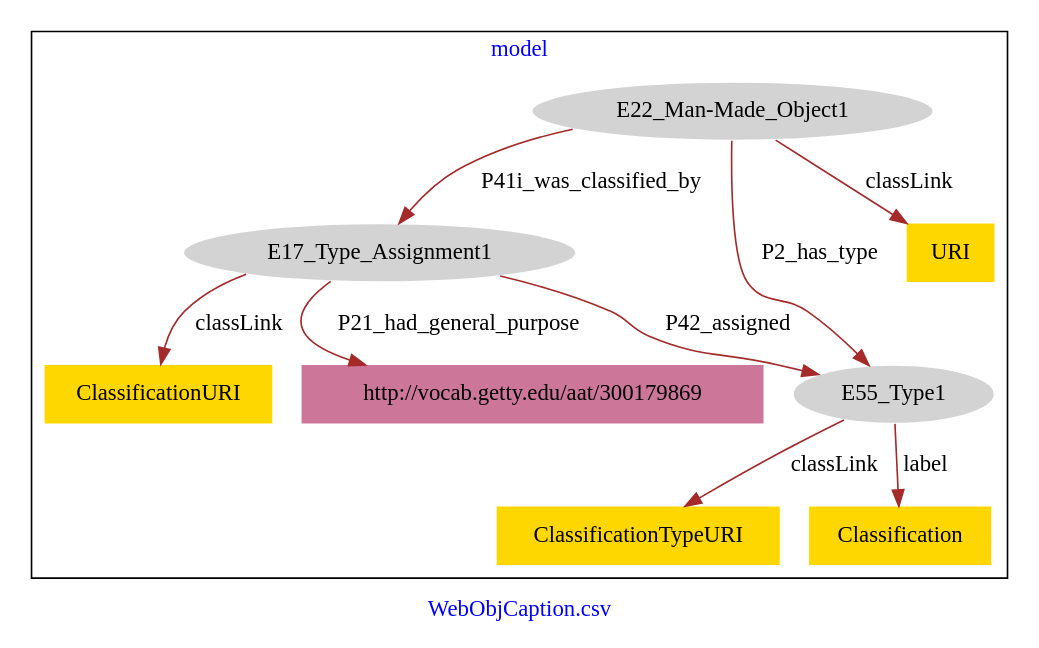
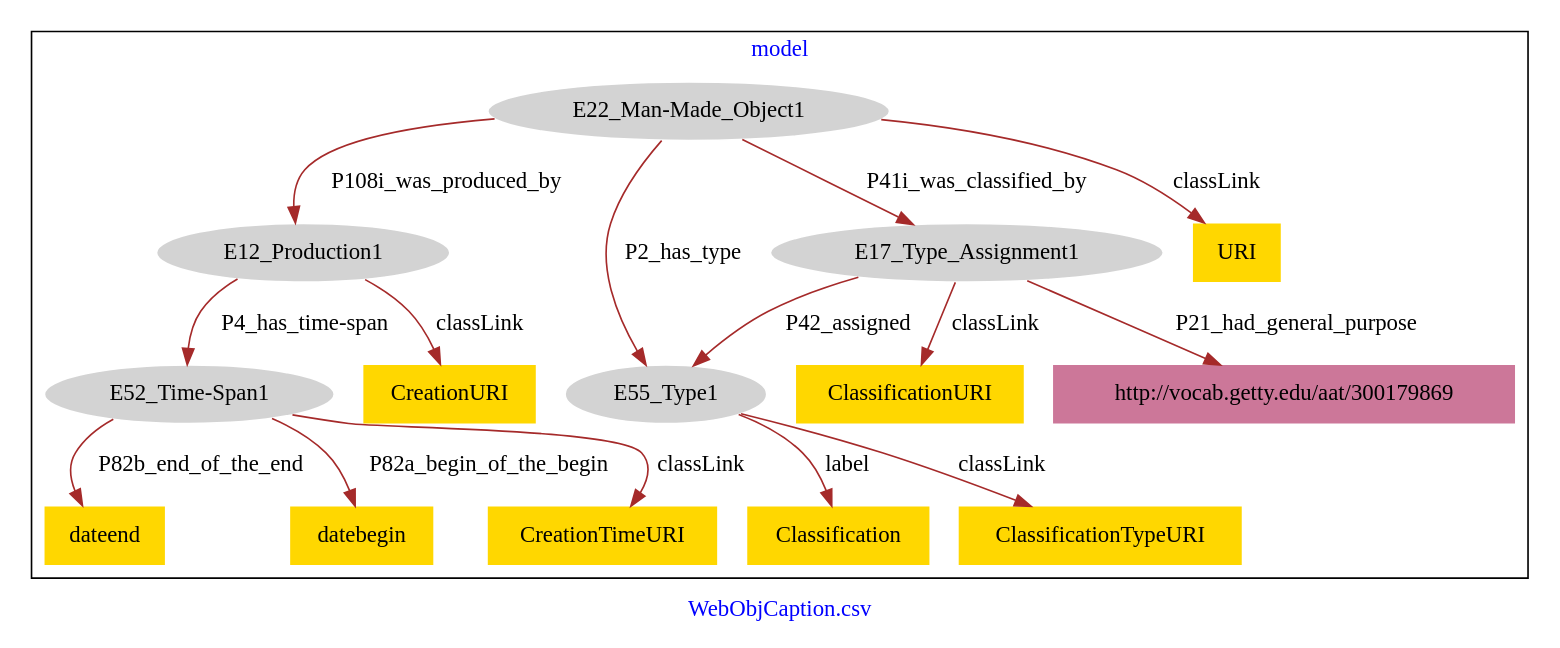
Before and after one commit to american-art/SAAM: the diagram in Objects/WebObjCaption-model.dot, drawn with Graphviz.

Commit message:
Update file WebObjCaption-model.dot

```diff
--- a/Objects/WebObjCaption-model.dot
+++ b/Objects/WebObjCaption-model.dot
@@ -1,24 +1,36 @@
 digraph n0 {
 fontcolor="blue"
 remincross="true"
 label="WebObjCaption.csv"
 subgraph cluster {
 label="model"
-n2[style="filled",color="white",fillcolor="lightgray",label="E17_Type_Assignment1"];
-n3[style="filled",color="white",fillcolor="lightgray",label="E55_Type1"];
-n4[style="filled",color="white",fillcolor="lightgray",label="E22_Man-Made_Object1"];
-n5[shape="plaintext",style="filled",fillcolor="gold",label="ClassificationURI"];
-n6[shape="plaintext",style="filled",fillcolor="gold",label="ClassificationTypeURI"];
-n7[shape="plaintext",style="filled",fillcolor="gold",label="URI"];
-n8[shape="plaintext",style="filled",fillcolor="gold",label="Classification"];
-n9[shape="plaintext",style="filled",fillcolor="#CC7799",label="http://vocab.getty.edu/aat/300179869"];
+n2[style="filled",color="white",fillcolor="lightgray",label="E12_Production1"];
+n3[style="filled",color="white",fillcolor="lightgray",label="E52_Time-Span1"];
+n4[style="filled",color="white",fillcolor="lightgray",label="E17_Type_Assignment1"];
+n5[style="filled",color="white",fillcolor="lightgray",label="E55_Type1"];
+n6[style="filled",color="white",fillcolor="lightgray",label="E22_Man-Made_Object1"];
+n7[shape="plaintext",style="filled",fillcolor="gold",label="ClassificationURI"];
+n8[shape="plaintext",style="filled",fillcolor="gold",label="CreationURI"];
+n9[shape="plaintext",style="filled",fillcolor="gold",label="Classification"];
+n10[shape="plaintext",style="filled",fillcolor="gold",label="datebegin"];
+n11[shape="plaintext",style="filled",fillcolor="gold",label="ClassificationTypeURI"];
+n12[shape="plaintext",style="filled",fillcolor="gold",label="CreationTimeURI"];
+n13[shape="plaintext",style="filled",fillcolor="gold",label="dateend"];
+n14[shape="plaintext",style="filled",fillcolor="gold",label="URI"];
+n15[shape="plaintext",style="filled",fillcolor="#CC7799",label="http://vocab.getty.edu/aat/300179869"];
 }
-n2 -> n3[color="brown",fontcolor="black",label="P42_assigned"]
-n4 -> n2[color="brown",fontcolor="black",label="P41i_was_classified_by"]
-n2 -> n5[color="brown",fontcolor="black",label="classLink"]
-n3 -> n6[color="brown",fontcolor="black",label="classLink"]
+n2 -> n3[color="brown",fontcolor="black",label="P4_has_time-span"]
+n4 -> n5[color="brown",fontcolor="black",label="P42_assigned"]
+n6 -> n2[color="brown",fontcolor="black",label="P108i_was_produced_by"]
+n6 -> n4[color="brown",fontcolor="black",label="P41i_was_classified_by"]
 n4 -> n7[color="brown",fontcolor="black",label="classLink"]
-n3 -> n8[color="brown",fontcolor="black",label="label"]
-n4 -> n3[color="brown",fontcolor="black",label="P2_has_type"]
-n2 -> n9[color="brown",fontcolor="black",label="P21_had_general_purpose"]
+n2 -> n8[color="brown",fontcolor="black",label="classLink"]
+n5 -> n9[color="brown",fontcolor="black",label="label"]
+n3 -> n10[color="brown",fontcolor="black",label="P82a_begin_of_the_begin"]
+n5 -> n11[color="brown",fontcolor="black",label="classLink"]
+n3 -> n12[color="brown",fontcolor="black",label="classLink"]
+n3 -> n13[color="brown",fontcolor="black",label="P82b_end_of_the_end"]
+n6 -> n14[color="brown",fontcolor="black",label="classLink"]
+n6 -> n5[color="brown",fontcolor="black",label="P2_has_type"]
+n4 -> n15[color="brown",fontcolor="black",label="P21_had_general_purpose"]
 }
```
